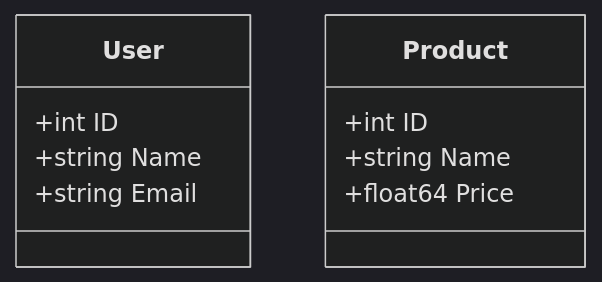
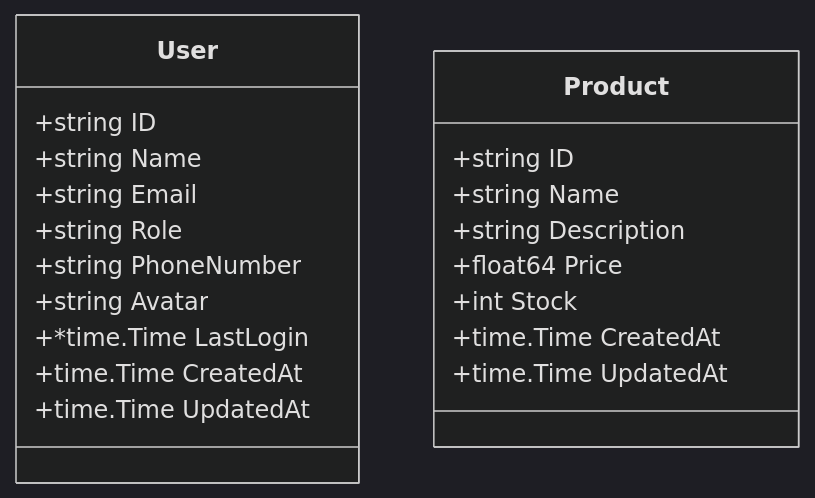
Before and after one commit to gamefiend/doc-agent-demo: the diagram in docs/DATA_MODELS.md, drawn with Mermaid (dark theme). The commit also changed other lines of this file and 2 other files, not shown here.

````diff
--- a/docs/DATA_MODELS.md
+++ b/docs/DATA_MODELS.md
@@ -111,14 +259,24 @@
 ```mermaid
 classDiagram
     class User {
-        +int ID
+        +string ID
         +string Name
         +string Email
+        +string Role
+        +string PhoneNumber
+        +string Avatar
+        +*time.Time LastLogin
+        +time.Time CreatedAt
+        +time.Time UpdatedAt
     }
 
     class Product {
-        +int ID
+        +string ID
         +string Name
+        +string Description
         +float64 Price
+        +int Stock
+        +time.Time CreatedAt
+        +time.Time UpdatedAt
     }
 ```
````
